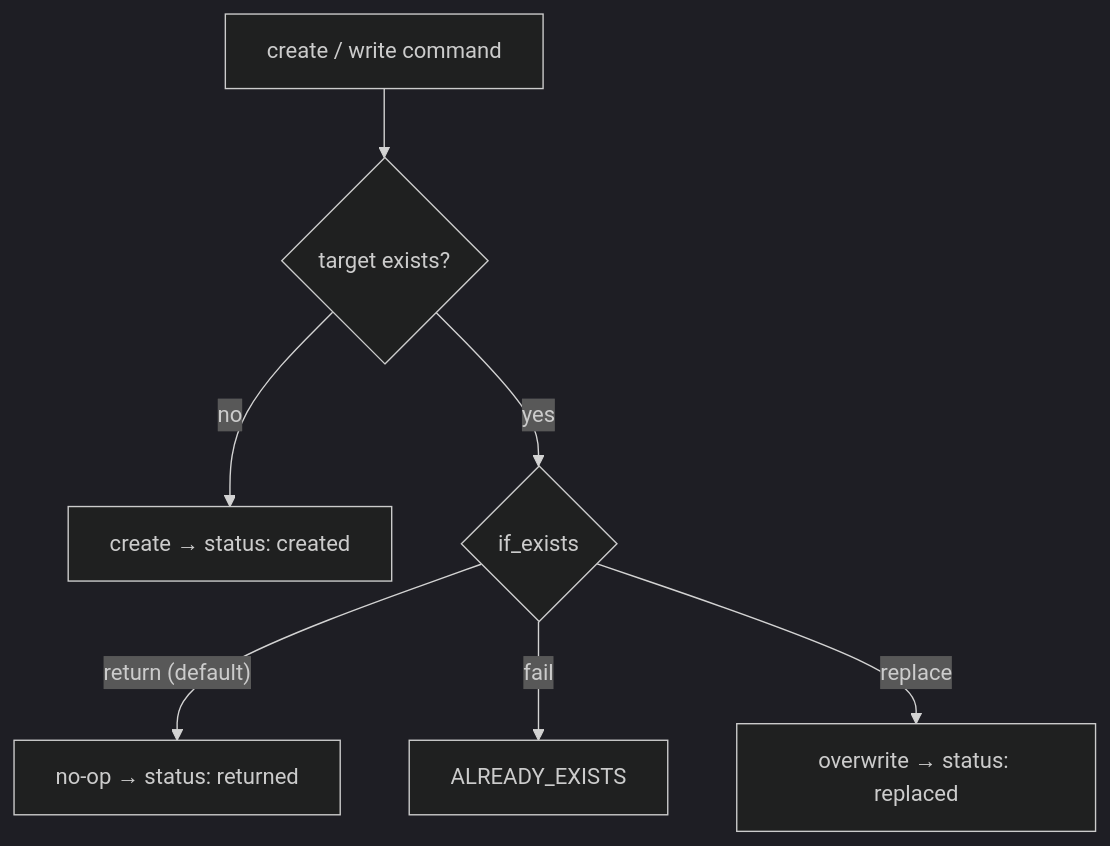
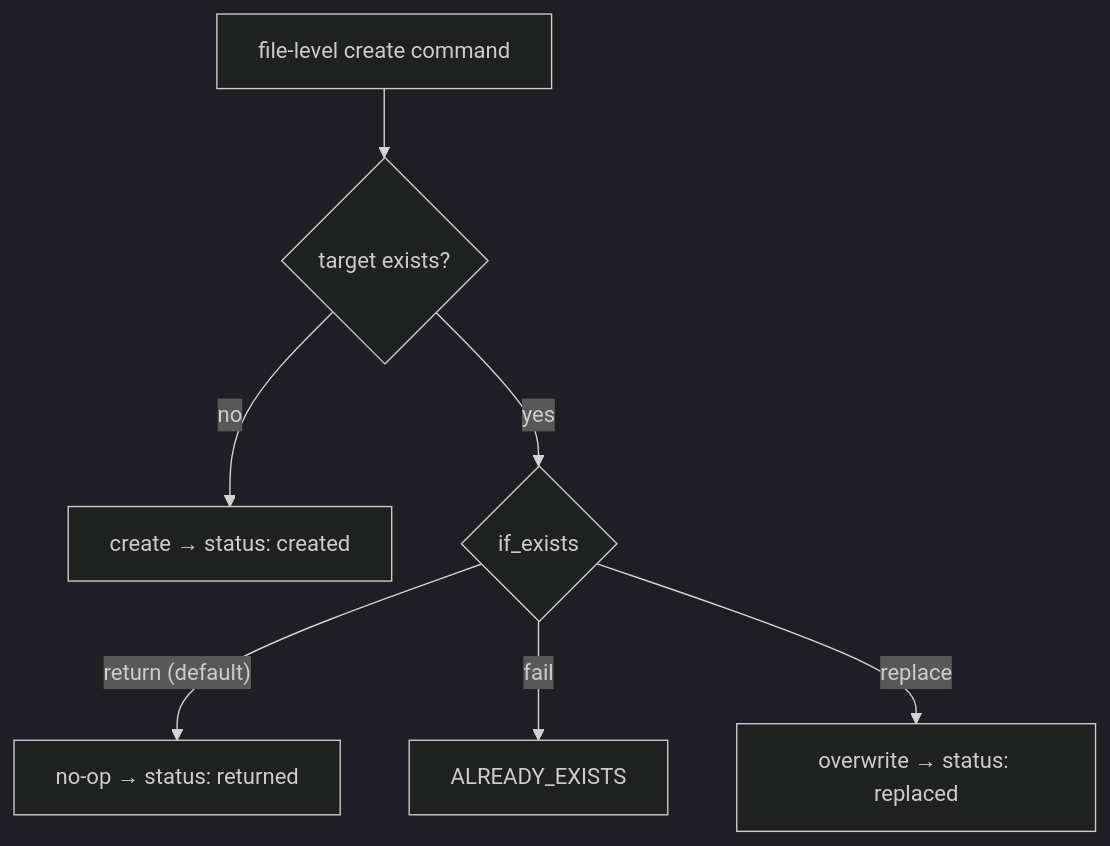
One commit to NPGameDev/godot-mcp-toolkit changed the eighth of 13 diagrams in docs/architecture/README.md. Above: the diagram before and after it, drawn with Mermaid (dark theme). The commit also changed other lines of this file and 1 other file, not shown here.

First line of the commit message:
docs(arch): re-attest the sections the resource_write int fix made stale

````diff
--- a/docs/architecture/README.md
+++ b/docs/architecture/README.md
@@ -390,9 +392,9 @@
 ```mermaid
 flowchart TD
-    create["create / write command"] --> exists{"target exists?"}
+    create["file-level create command"] --> exists{"target exists?"}
     exists -->|no| make["create → status: created"]
     exists -->|yes| pol{"if_exists"}
     pol -->|"return (default)"| noop["no-op → status: returned"]
     pol -->|"fail"| ae["ALREADY_EXISTS"]
     pol -->|"replace"| repl["overwrite → status: replaced"]
 ```
````
